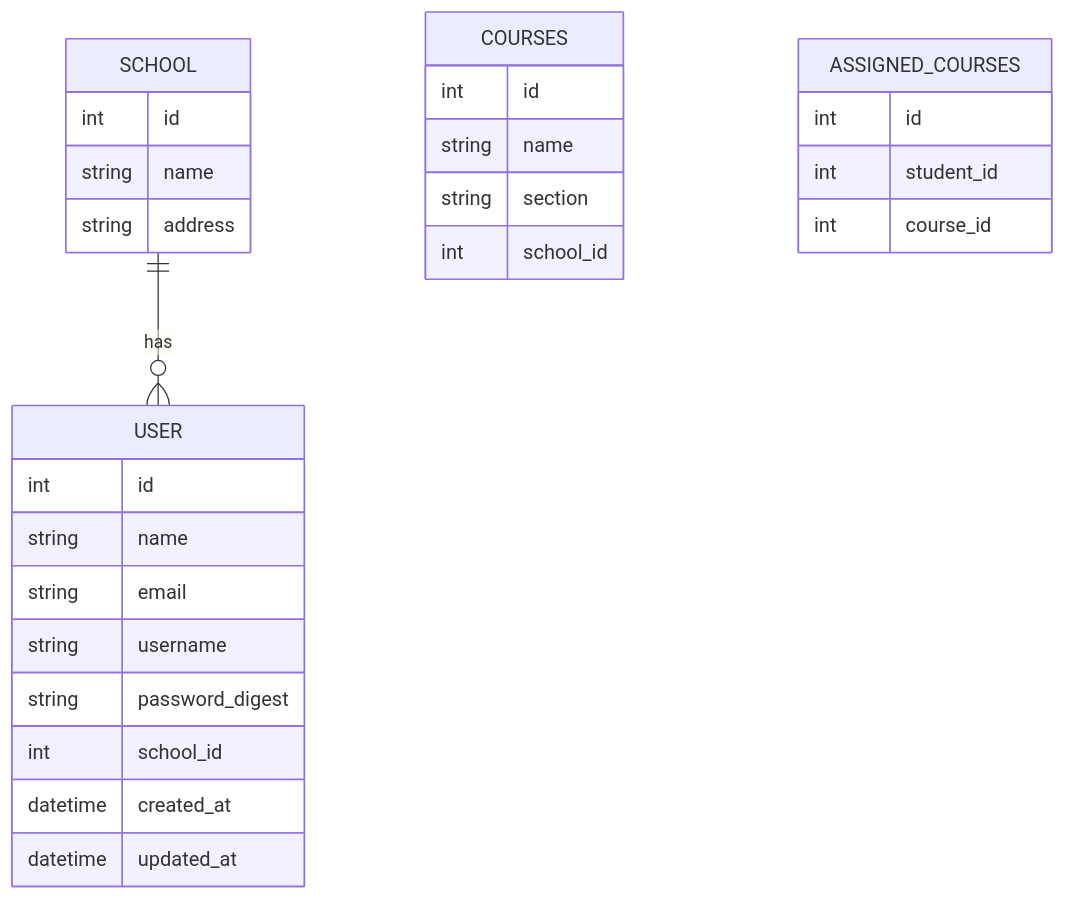
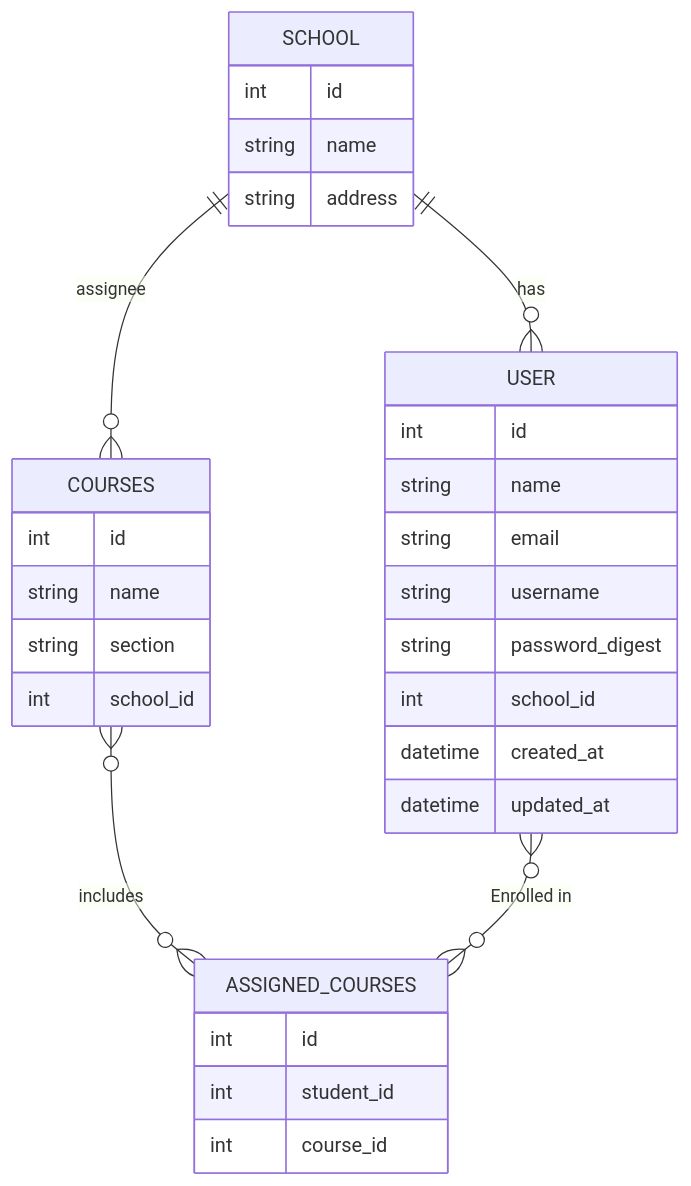
One commit to ripterdust/SchoolManagementSystem changed the diagram in diagrams/class/database.md. Above: the diagram before and after it, drawn with Mermaid.

Commit message:
Added relationship

````diff
--- a/diagrams/class/database.md
+++ b/diagrams/class/database.md
@@ -5,35 +5,38 @@
 ```mermaid
     erDiagram
 
     SCHOOL {
         int id
         string name
         string address
     }
 
     USER {
         int id
         string name
         string email
         string username
         string password_digest
         int school_id
         datetime created_at
         datetime updated_at
     }
 
     COURSES {
         int id
         string name
         string section
         int school_id
     }
 
     ASSIGNED_COURSES {
         int id
         int student_id
         int course_id
     }
 
     SCHOOL  ||--o{ USER : has
+    COURSES }o--o{ ASSIGNED_COURSES : includes
+    USER }o--o{ ASSIGNED_COURSES : "Enrolled in"
+    SCHOOL ||--o{ COURSES : assignee
 ```
````
